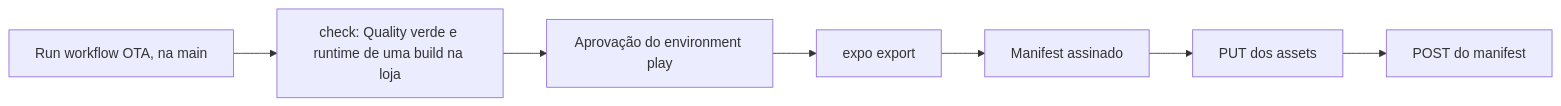
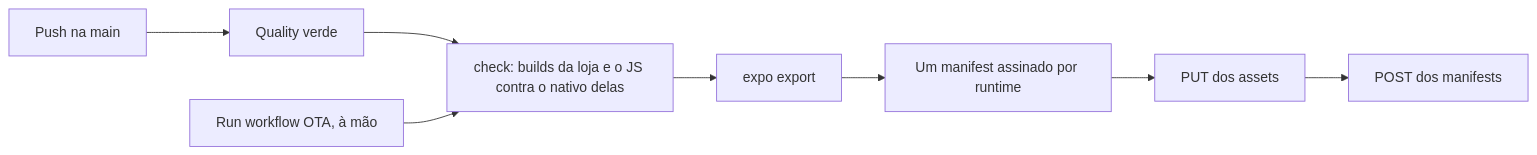
Before and after one commit to pitroldev/ao-uerj-mobile-ts: the diagram in docs/ota.md, drawn with Mermaid. The commit also changed other lines of this file and 12 other files, not shown here.

First line of the commit message:
ci: every push to main with new JS goes out by OTA, and every version tag goes to both stores

````diff
--- a/docs/ota.md
+++ b/docs/ota.md
@@ -5,9 +5,10 @@
 ```mermaid
 flowchart LR
-  run["Run workflow OTA, na main"] --> check["check: Quality verde e runtime de uma build na loja"]
-  check --> approval["Aprovação do environment play"]
-  approval --> export["expo export"]
-  export --> sign["Manifest assinado"]
+  push["Push na main"] --> quality["Quality verde"]
+  quality --> check["check: builds da loja e o JS contra o nativo delas"]
+  run["Run workflow OTA, à mão"] --> check
+  check --> export["expo export"]
+  export --> sign["Um manifest assinado por runtime"]
   sign --> assets["PUT dos assets"]
-  assets --> manifest["POST do manifest"]
+  assets --> manifest["POST dos manifests"]
 ```
````
